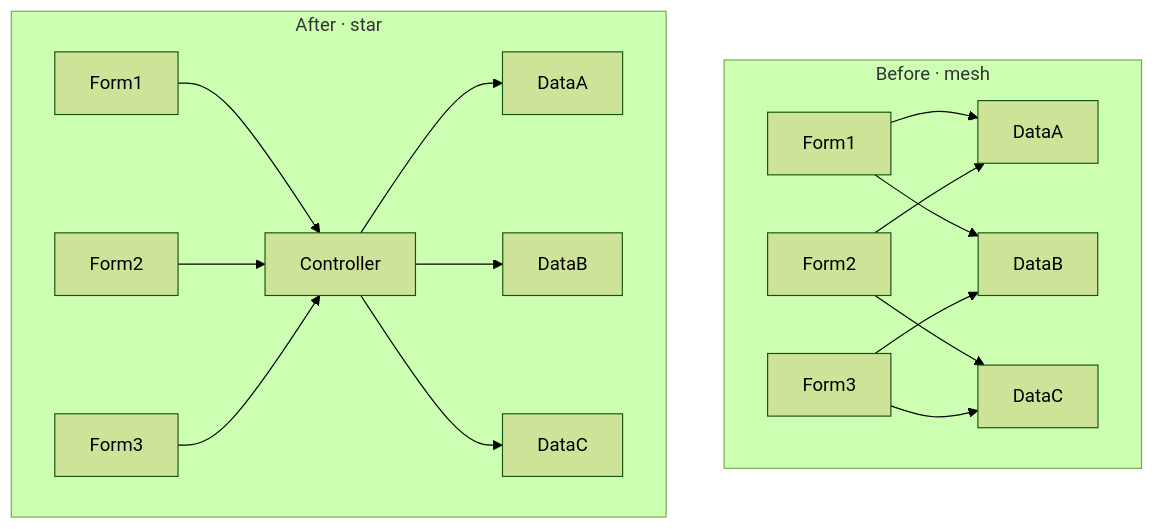
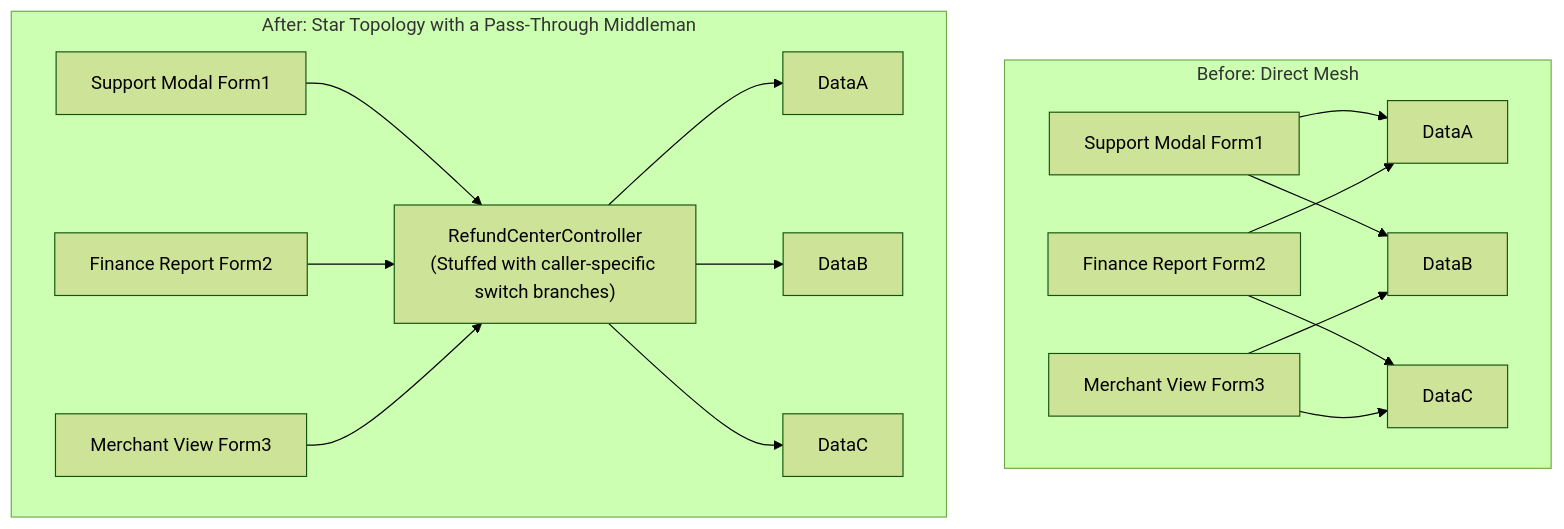
One commit to ffzz/blog changed the second of 2 diagrams in src/content/notes/en/three-invisible-couplings.md. Above: the diagram before and after it, drawn with Mermaid (forest theme). The commit also changed other lines of this file and 16 other files, not shown here.

````diff
--- a/src/content/notes/en/three-invisible-couplings.md
+++ b/src/content/notes/en/three-invisible-couplings.md
@@ -136,21 +176,22 @@
 ```mermaid
 flowchart TB
-   subgraph MESH["Before · mesh"]
-     direction LR
-     F1["Form1"] --> D1["DataA"]
-     F1 --> D2["DataB"]
-     F2["Form2"] --> D1
-     F2 --> D3["DataC"]
-     F3["Form3"] --> D2
-     F3 --> D3
-   end
-   subgraph STAR["After · star"]
-     direction LR
-     G1["Form1"] --> C["Controller"]
-     G2["Form2"] --> C
-     G3["Form3"] --> C
-     C --> E1["DataA"]
-     C --> E2["DataB"]
-     C --> E3["DataC"]
-   end
+    subgraph Mesh["Before: Direct Mesh"]
+        direction LR
+        F1["Support Modal Form1"] --> D1["DataA"]
+        F1 --> D2["DataB"]
+        F2["Finance Report Form2"] --> D1
+        F2 --> D3["DataC"]
+        F3["Merchant View Form3"] --> D2
+        F3 --> D3
+    end
+
+    subgraph Star["After: Star Topology with a Pass-Through Middleman"]
+        direction LR
+        G1["Support Modal Form1"] --> C["RefundCenterController<br/>(Stuffed with caller-specific switch branches)"]
+        G2["Finance Report Form2"] --> C
+        G3["Merchant View Form3"] --> C
+        C --> E1["DataA"]
+        C --> E2["DataB"]
+        C --> E3["DataC"]
+    end
 ```
````
